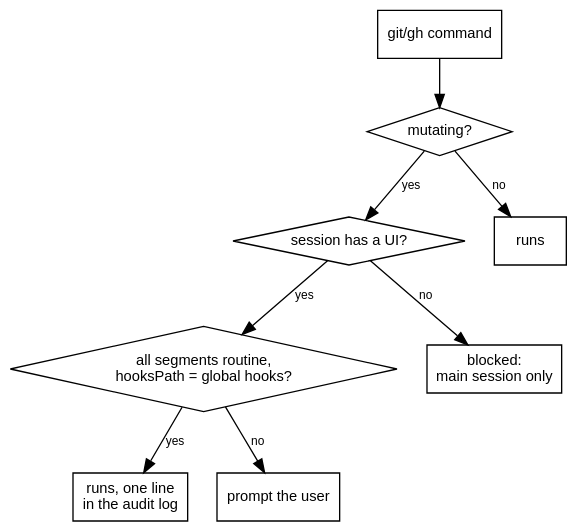
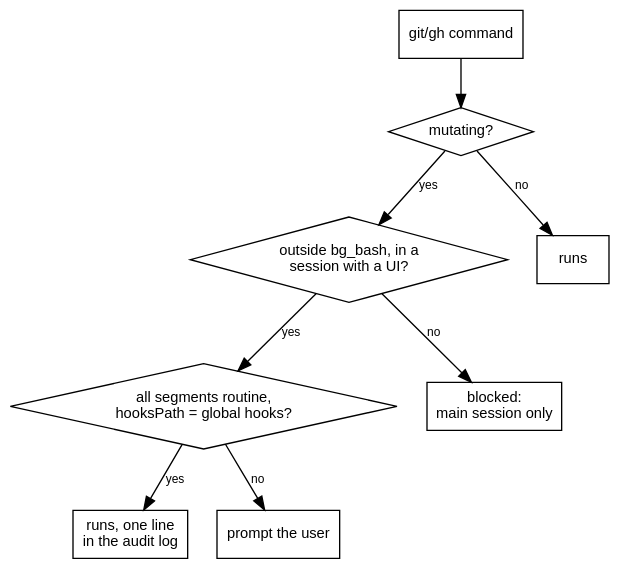
Before and after one commit to erfianugrah/lexicanum: the second of 2 diagrams in src/content/docs/reference/agent-git-without-prompts.mdx, drawn with Graphviz. The commit also changed other lines of this file and 10 other files, not shown here.

````diff
--- a/src/content/docs/reference/agent-git-without-prompts.mdx
+++ b/src/content/docs/reference/agent-git-without-prompts.mdx
@@ -147,25 +147,25 @@
 ```dot
 digraph {
   rankdir=TB; bgcolor="transparent"; nodesep=0.3; ranksep=0.5;
   fontname="Helvetica,Arial,sans-serif";
   node [fontname="Helvetica,Arial,sans-serif", fontsize=11, shape=box];
   edge [fontname="Helvetica,Arial,sans-serif", fontsize=9];
 
   cmd [label="git/gh command"];
   mut [label="mutating?", shape=diamond];
-  ui [label="session has a UI?", shape=diamond];
+  ui [label="outside bg_bash, in a\nsession with a UI?", shape=diamond];
   routine [label="all segments routine,\nhooksPath = global hooks?", shape=diamond];
   run [label="runs"];
   blocked [label="blocked:\nmain session only"];
   auto [label="runs, one line\nin the audit log"];
   ask [label="prompt the user"];
 
   cmd -> mut;
   mut -> run [label="no"];
   mut -> ui [label="yes"];
   ui -> blocked [label="no"];
   ui -> routine [label="yes"];
   routine -> auto [label="yes"];
   routine -> ask [label="no"];
 }
 ```
````
